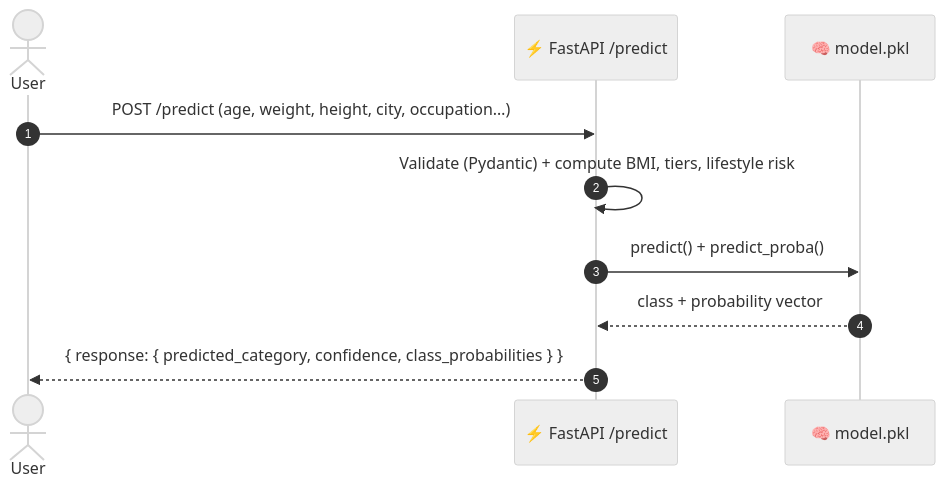
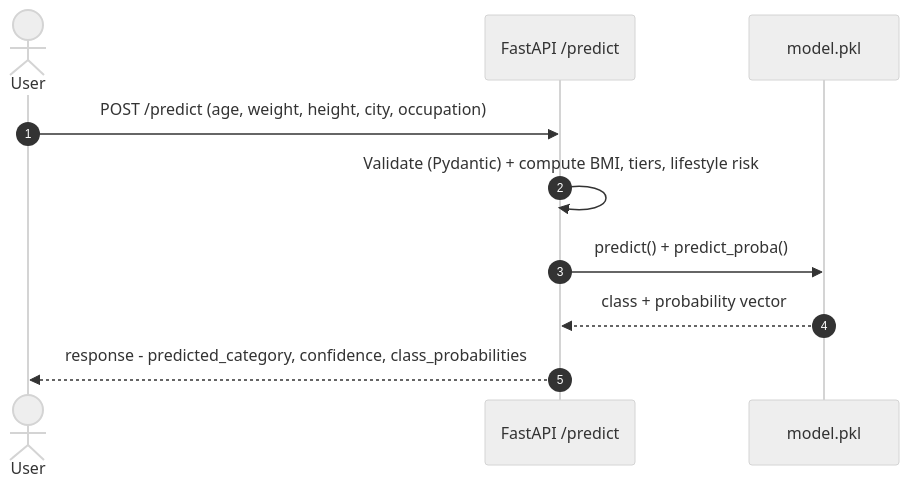
The second of 3 diagrams in README.md (Amith-Ganta/FastAPI-ML-Docker-AWS), drawn with Mermaid (neutral theme) before and after one commit. The commit also changed other lines of this file, not shown here.

First line of the commit message:
docs: fix non-rendering Mermaid diagrams in README

````diff
--- a/README.md
+++ b/README.md
@@ -128,13 +128,13 @@
 ```mermaid
 sequenceDiagram
     autonumber
     actor User
-    participant API as ⚡ FastAPI /predict
-    participant Model as 🧠 model.pkl
+    participant API as FastAPI /predict
+    participant Model as model.pkl
 
-    User->>API: POST /predict (age, weight, height, city, occupation…)
+    User->>API: POST /predict (age, weight, height, city, occupation)
     API->>API: Validate (Pydantic) + compute BMI, tiers, lifestyle risk
     API->>Model: predict() + predict_proba()
     Model-->>API: class + probability vector
-    API-->>User: { response: { predicted_category, confidence, class_probabilities } }
+    API-->>User: response - predicted_category, confidence, class_probabilities
 ```
````
